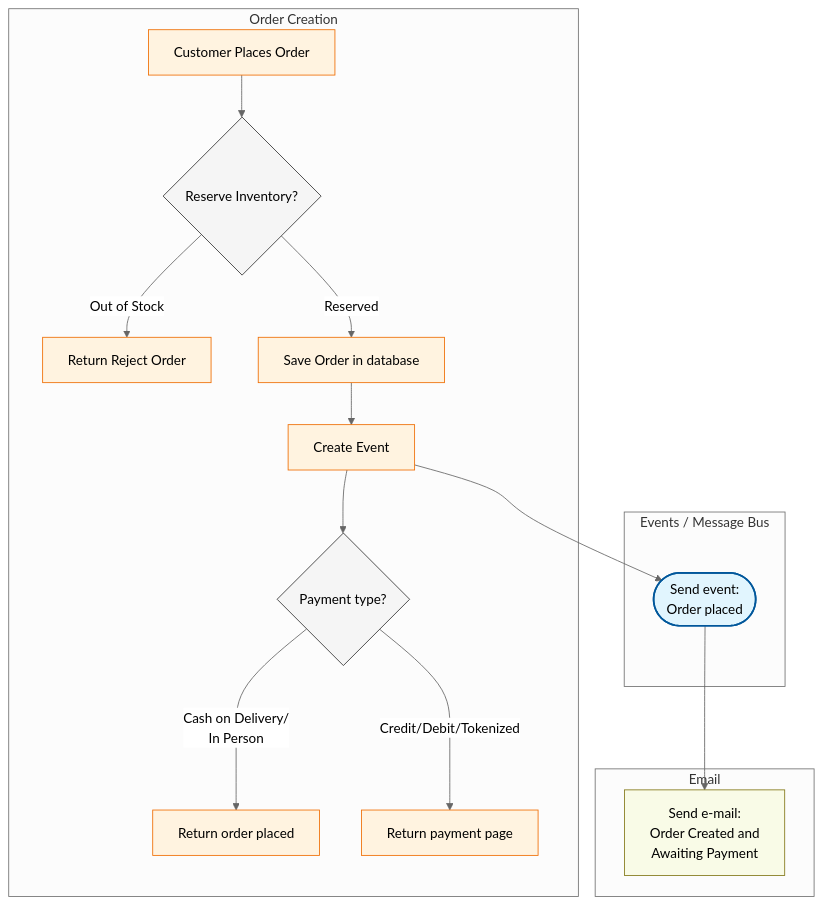
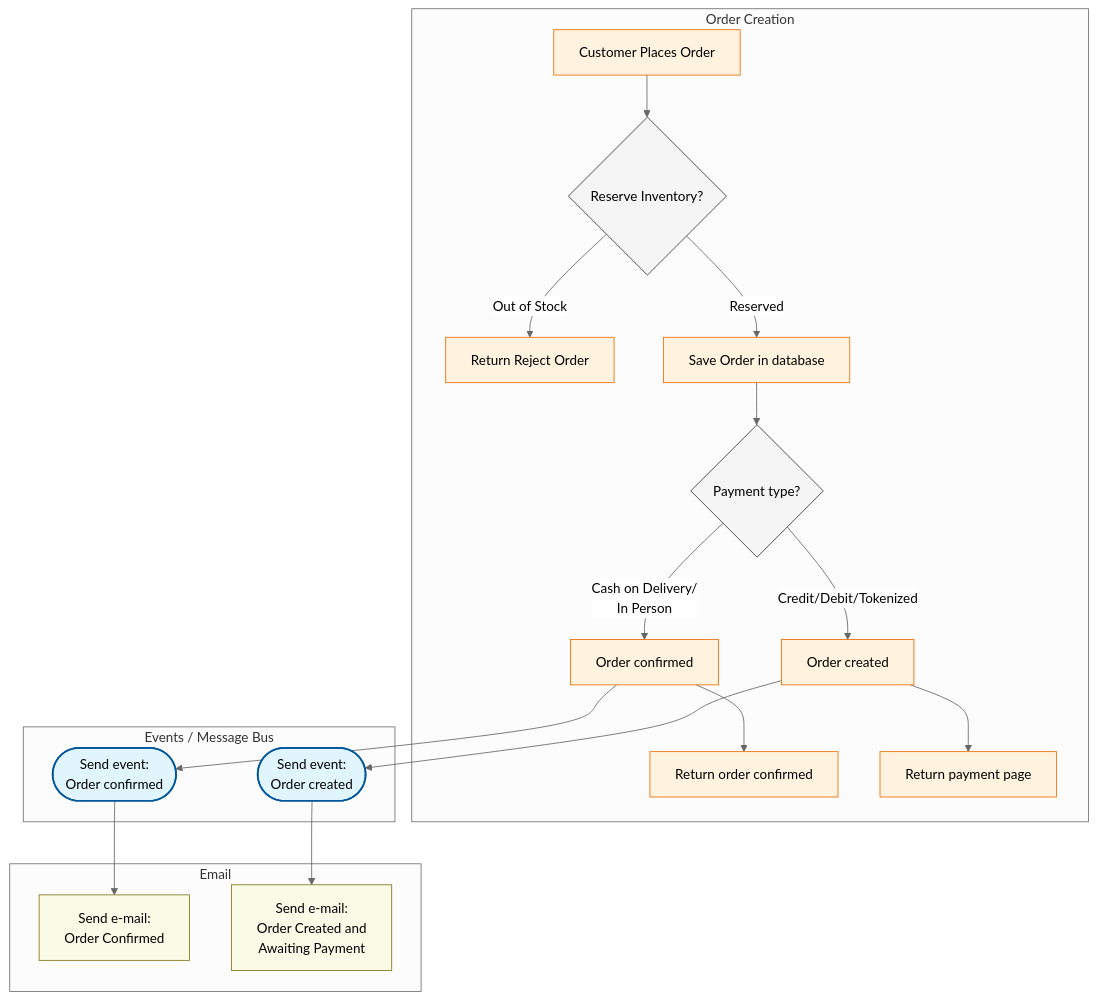
One commit to RobertoFreireDev/Order-Management changed the first of 4 diagrams in README.md. Above: the diagram before and after it, drawn with Mermaid (neutral theme). The commit also changed other lines of this file, not shown here.

Commit message:
Order confirmed

````diff
--- a/README.md
+++ b/README.md
@@ -5,36 +5,41 @@
 ```mermaid
 flowchart TD
     %% Subgraph Styling
     classDef event fill:#e1f5fe,stroke:#01579b,stroke-width:2px;
     classDef logic fill:#f5f5f5,stroke:#333,stroke-width:1px;
     classDef order fill:#fff3e0,stroke:#ef6c00,stroke-width:1px;
     classDef note fill:#f9fbe7,stroke:#827717,stroke-width:1px;
 
     subgraph Order_Creation [Order Creation]
         A[Customer Places Order] --> B{Reserve Inventory?}
         B -->|Out of Stock| C[Return Reject Order]
         B --> |Reserved| D[Save Order in database]
-        D --> D1[Create Event]
-        D1 --> D2{Payment type?}
-        D2--> |"Cash on Delivery/<br/>In Person"| D3[Return order placed]
-        D2 --> |"Credit/Debit/Tokenized"| E1[Return payment page]
+        D --> D2{Payment type?}
+        D2--> |"Cash on Delivery/<br/>In Person"| D1[Order confirmed]       
+        D2 --> |"Credit/Debit/Tokenized"| D4[Order created]
+        D1--> D3[Return order confirmed]        
+        D4 --> E1[Return payment page]
     end
 
     subgraph Events [Events / Message Bus]
-        H([Send event:<br/>Order placed])
+        H([Send event:<br/>Order confirmed])
+        H1([Send event:<br/>Order created])
     end
 
     subgraph Email [Email]
-        I[Send e-mail: <br/>Order Created and<br/>Awaiting Payment]
+        I[Send e-mail: <br/>Order Confirmed]
+        I1[Send e-mail: <br/>Order Created and<br/>Awaiting Payment]
     end
 
     %% Logic to Events
     H --> I
+    H1 --> I1
     D1 --> H
+    D4 --> H1
 
     %% Class Assignments
-    class H event;
+    class H,H1 event;
     class B,D2 logic;
-    class A,C,D,D1,D3,E1 order;
-    class I note;
+    class A,C,D,D1,D3,E1,D4 order;
+    class I,I1 note;
 ```
````
